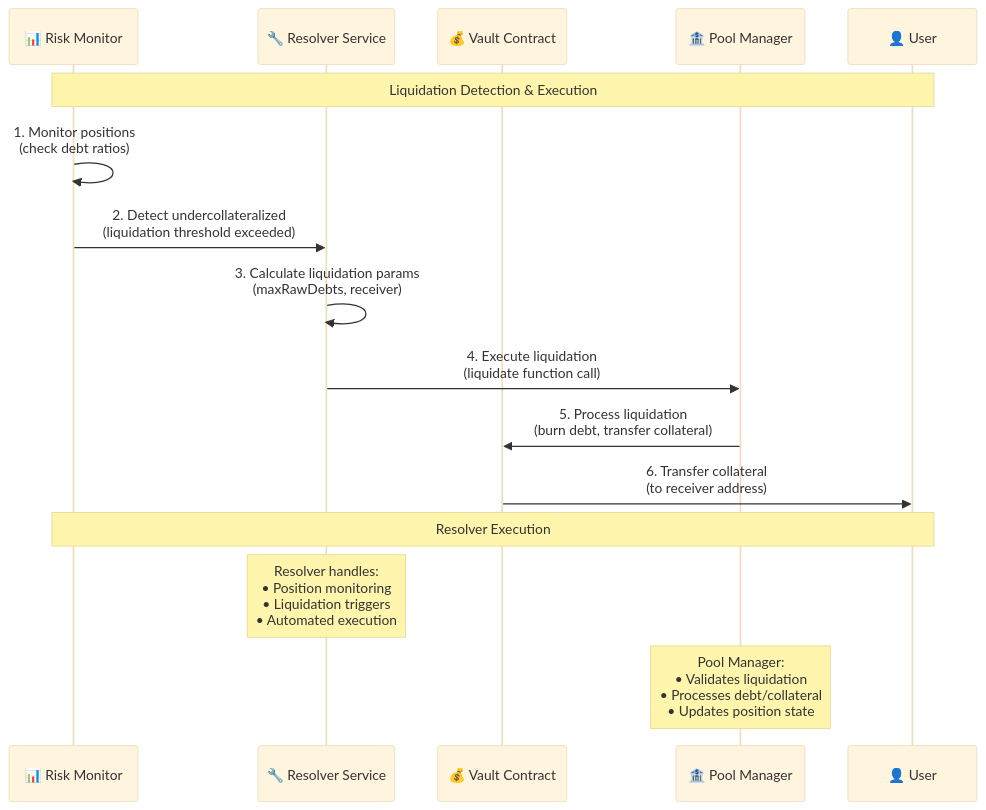
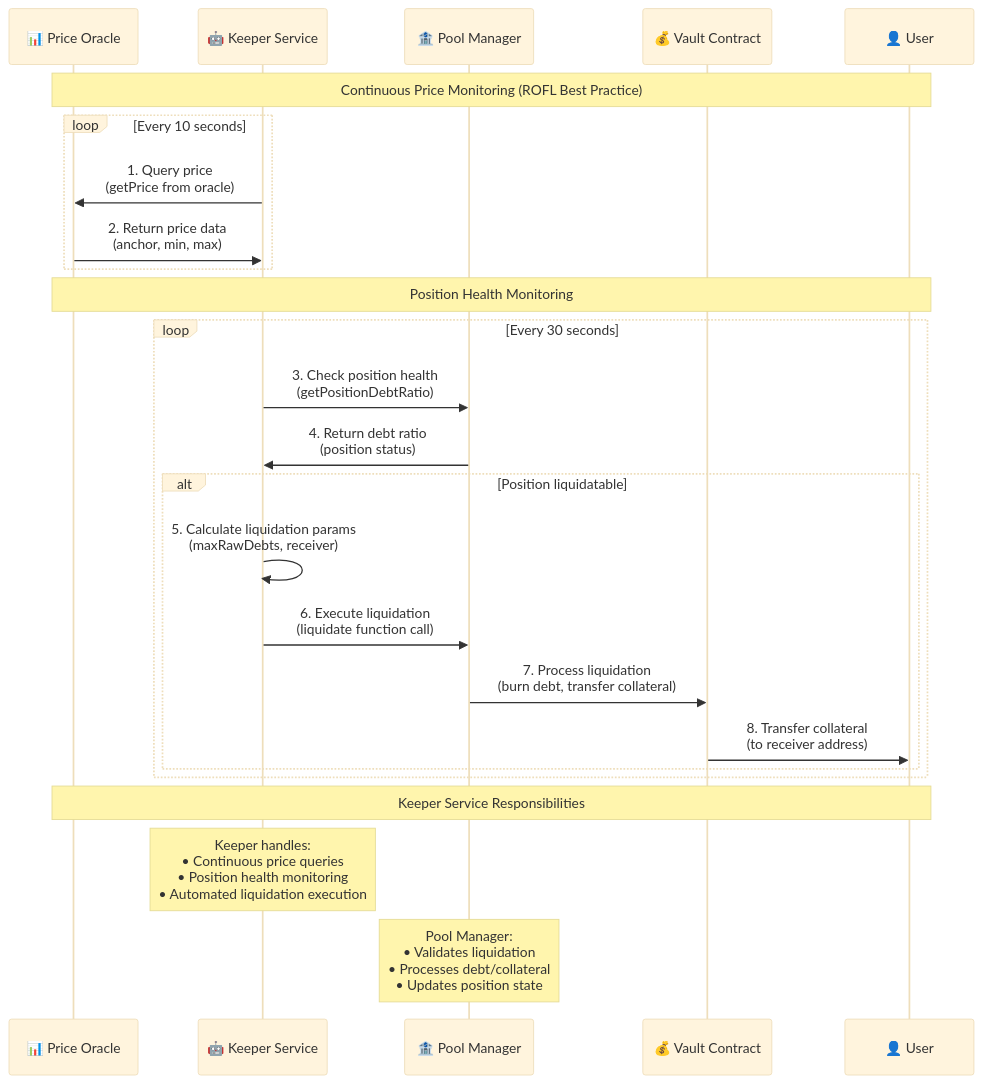
The fourth of 5 diagrams in mermaid/shadow-splitter-v2.md (arseneeth/shayd), drawn with Mermaid (base theme) before and after one commit. The commit also changed other lines of this file and 18 other files, not shown here.

````diff
--- a/mermaid/shadow-splitter-v2.md
+++ b/mermaid/shadow-splitter-v2.md
@@ -141,20 +145,30 @@
 ```mermaid
 sequenceDiagram
-    participant M as 📊 Risk Monitor
-    participant R as 🔧 Resolver Service
+    participant O as 📊 Price Oracle
+    participant K as 🤖 Keeper Service
+    participant P as 🏦 Pool Manager
     participant C as 💰 Vault Contract
-    participant P as 🏦 Pool Manager
     participant U as 👤 User
     
-    Note over M,U: Liquidation Detection & Execution
-    M->>M: 1. Monitor positions<br/>(check debt ratios)
-    M->>R: 2. Detect undercollateralized<br/>(liquidation threshold exceeded)
-    R->>R: 3. Calculate liquidation params<br/>(maxRawDebts, receiver)
-    R->>P: 4. Execute liquidation<br/>(liquidate function call)
-    P->>C: 5. Process liquidation<br/>(burn debt, transfer collateral)
-    C->>U: 6. Transfer collateral<br/>(to receiver address)
+    Note over O,U: Continuous Price Monitoring (ROFL Best Practice)
+    loop Every 10 seconds
+        K->>O: 1. Query price<br/>(getPrice from oracle)
+        O->>K: 2. Return price data<br/>(anchor, min, max)
+    end
     
-    Note over M,U: Resolver Execution
-    Note over R: Resolver handles:<br/>• Position monitoring<br/>• Liquidation triggers<br/>• Automated execution
+    Note over O,U: Position Health Monitoring
+    loop Every 30 seconds
+        K->>P: 3. Check position health<br/>(getPositionDebtRatio)
+        P->>K: 4. Return debt ratio<br/>(position status)
+        alt Position liquidatable
+            K->>K: 5. Calculate liquidation params<br/>(maxRawDebts, receiver)
+            K->>P: 6. Execute liquidation<br/>(liquidate function call)
+            P->>C: 7. Process liquidation<br/>(burn debt, transfer collateral)
+            C->>U: 8. Transfer collateral<br/>(to receiver address)
+        end
+    end
+    
+    Note over O,U: Keeper Service Responsibilities
+    Note over K: Keeper handles:<br/>• Continuous price queries<br/>• Position health monitoring<br/>• Automated liquidation execution
     Note over P: Pool Manager:<br/>• Validates liquidation<br/>• Processes debt/collateral<br/>• Updates position state
 ```
````
